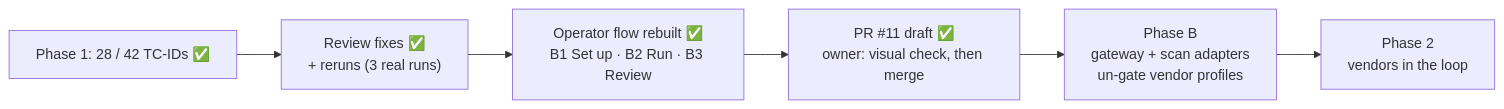
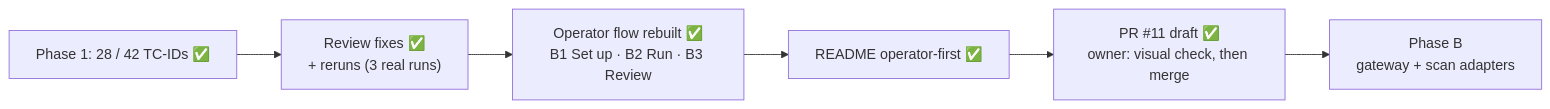
The diagram in STATUS.md (hackershmave1/guardrail-eval), drawn with Mermaid before and after one commit. The commit also changed other lines of this file and 1 other file, not shown here.

First line of the commit message:
README: operator-first, concise and example-based

````diff
--- a/STATUS.md
+++ b/STATUS.md
@@ -7,8 +7,8 @@
 ```mermaid
 flowchart LR
     A["Phase 1: 28 / 42 TC-IDs ✅"] --> B["Review fixes ✅<br/>+ reruns (3 real runs)"]
     B --> C["Operator flow rebuilt ✅<br/>B1 Set up · B2 Run · B3 Review"]
-    C --> D["PR #11 draft ✅<br/>owner: visual check, then merge"]
-    D --> E["Phase B<br/>gateway + scan adapters<br/>un-gate vendor profiles"]
-    E --> F["Phase 2<br/>vendors in the loop"]
+    C --> R["README operator-first ✅"]
+    R --> D["PR #11 draft ✅<br/>owner: visual check, then merge"]
+    D --> E["Phase B<br/>gateway + scan adapters"]
 ```
````
